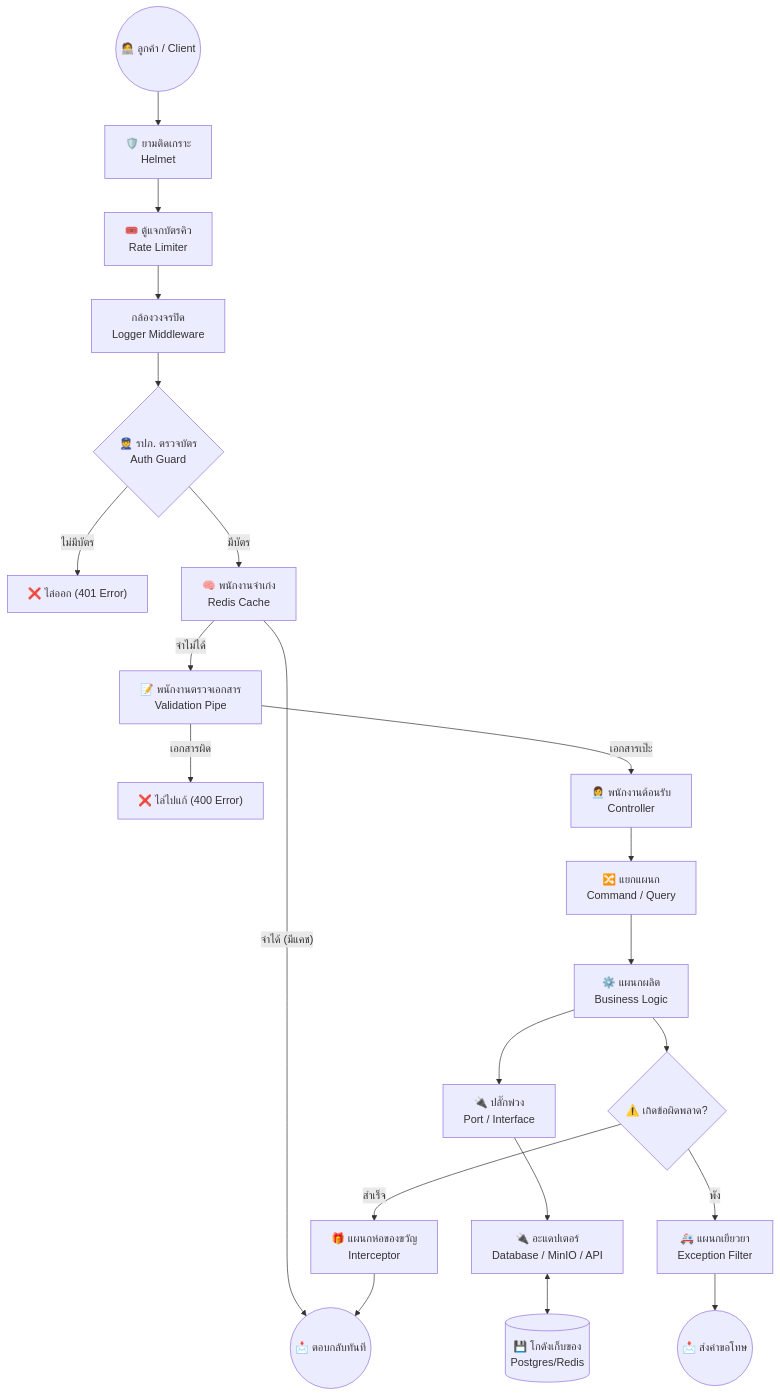
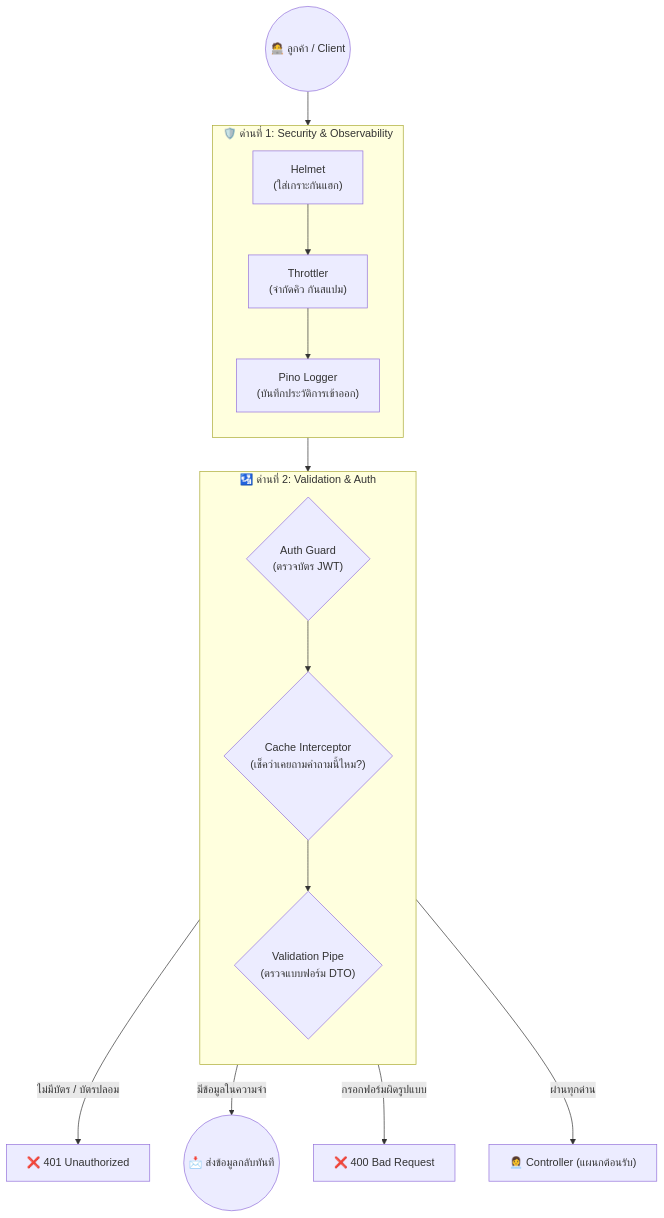
One commit to SiripongPadkhuntod/NestJS-ToDoList changed the first of 5 diagrams in System_Lifecycle.md. Above: the diagram before and after it, drawn with Mermaid. The commit also changed other lines of this file and 1 other file, not shown here.

````diff
--- a/System_Lifecycle.md
+++ b/System_Lifecycle.md
@@ -13,30 +10,29 @@
 ```mermaid
 flowchart TD
-    Client(("🧑‍💻 ลูกค้า / Client")) --> Helmet["🛡️ ยามติดเกราะ<br>Helmet"]
-    Helmet --> Throttler["🎟️ ตู้แจกบัตรคิว<br>Rate Limiter"]
-    Throttler --> MW["กล้องวงจรปิด<br>Logger Middleware"]
-    MW --> Guard{"👮 รปภ. ตรวจบัตร<br>Auth Guard"}
+    Client(("🧑‍💻 ลูกค้า / Client"))
     
-    Guard -- ไม่มีบัตร --> Err401["❌ ไล่ออก (401 Error)"]
-    Guard -- มีบัตร --> Cache["🧠 พนักงานจำเก่ง<br>Redis Cache"]
+    subgraph Security ["🛡️ ด่านที่ 1: Security & Observability"]
+        direction TB
+        H["Helmet<br>(ใส่เกราะกันแฮก)"]
+        T["Throttler<br>(จำกัดคิว กันสแปม)"]
+        L["Pino Logger<br>(บันทึกประวัติการเข้าออก)"]
+        H --> T --> L
+    end
     
-    Cache -- จำได้ (มีแคช) --> Response(("📩 ตอบกลับทันที"))
-    Cache -- จำไม่ได้ --> Pipe["📝 พนักงานตรวจเอกสาร<br>Validation Pipe"]
+    subgraph GuardsPipes ["🛂 ด่านที่ 2: Validation & Auth"]
+        direction TB
+        G{"Auth Guard<br>(ตรวจบัตร JWT)"}
+        C{"Cache Interceptor<br>(เช็คว่าเคยถามคำถามนี้ไหม?)"}
+        P{"Validation Pipe<br>(ตรวจแบบฟอร์ม DTO)"}
+        G --> C --> P
+    end
     
-    Pipe -- เอกสารผิด --> Err400["❌ ไล่ไปแก้ (400 Error)"]
-    Pipe -- เอกสารเป๊ะ --> Ctrl["👩‍💼 พนักงานต้อนรับ<br>Controller"]
+    Client --> H
+    L --> G
     
-    Ctrl --> CQRS["🔀 แยกแผนก<br>Command / Query"]
-    CQRS --> Service["⚙️ แผนกผลิต<br>Business Logic"]
+    G -- "ไม่มีบัตร / บัตรปลอม" --> E401["❌ 401 Unauthorized"]
+    C -- "มีข้อมูลในความจำ" --> Res(("📩 ส่งข้อมูลกลับทันที"))
+    P -- "กรอกฟอร์มผิดรูปแบบ" --> E400["❌ 400 Bad Request"]
     
-    Service --> Port["🔌 ปลั๊กพ่วง<br>Port / Interface"]
-    Port --> Adapter["🔌 อะแดปเตอร์<br>Database / MinIO / API"]
-    Adapter <--> DB[("💾 โกดังเก็บของ<br>Postgres/Redis")]
-    
-    Service --> Exception{"⚠️ เกิดข้อผิดพลาด?"}
-    Exception -- พัง --> Filter["🚑 แผนกเยียวยา<br>Exception Filter"]
-    Filter --> ErrorRes(("📩 ส่งคำขอโทษ"))
-    
-    Exception -- สำเร็จ --> Formatter["🎁 แผนกห่อของขวัญ<br>Interceptor"]
-    Formatter --> Response
+    P -- "ผ่านทุกด่าน" --> Ctrl["👩‍💼 Controller (แผนกต้อนรับ)"]
 ```
````
